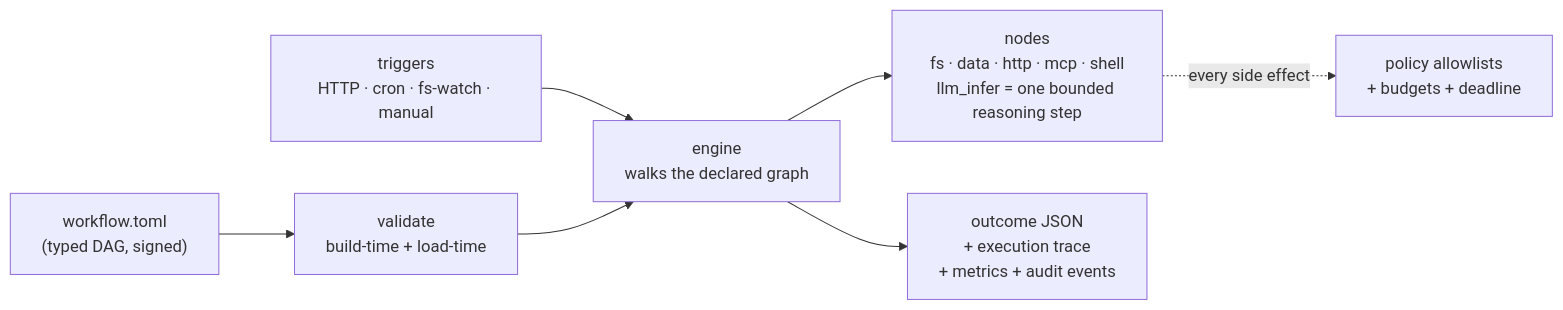
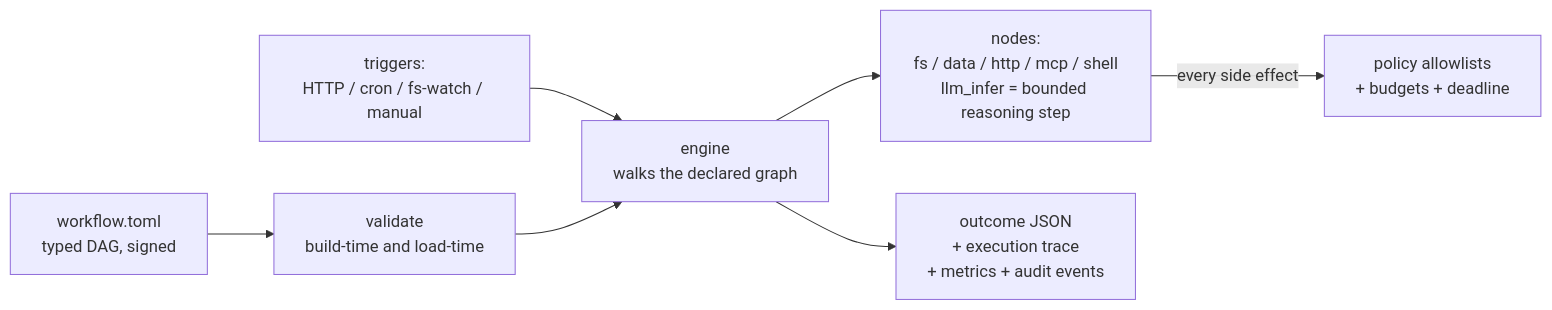
Before and after one commit to agentd-dev/source-code: the first of 2 diagrams in README.md, drawn with Mermaid. The commit also changed other lines of this file, not shown here.

First line of the commit message:
fix(docs): repair mermaid diagrams so they render on GitHub

````diff
--- a/README.md
+++ b/README.md
@@ -33,9 +33,9 @@
 ```mermaid
 flowchart LR
-    WF["workflow.toml<br/>(typed DAG, signed)"] --> V["validate<br/>build-time + load-time"]
-    T["triggers<br/>HTTP · cron · fs-watch · manual"] --> E
+    WF["workflow.toml<br/>typed DAG, signed"] --> V["validate<br/>build-time and load-time"]
+    T["triggers:<br/>HTTP / cron / fs-watch / manual"] --> E
     V --> E["engine<br/>walks the declared graph"]
-    E --> N["nodes<br/>fs · data · http · mcp · shell<br/>llm_infer = one bounded reasoning step"]
-    N -. "every side effect" .-> P["policy allowlists<br/>+ budgets + deadline"]
+    E --> N["nodes:<br/>fs / data / http / mcp / shell<br/>llm_infer = bounded reasoning step"]
+    N -->|every side effect| P["policy allowlists<br/>+ budgets + deadline"]
     E --> O["outcome JSON<br/>+ execution trace<br/>+ metrics + audit events"]
 ```
````
